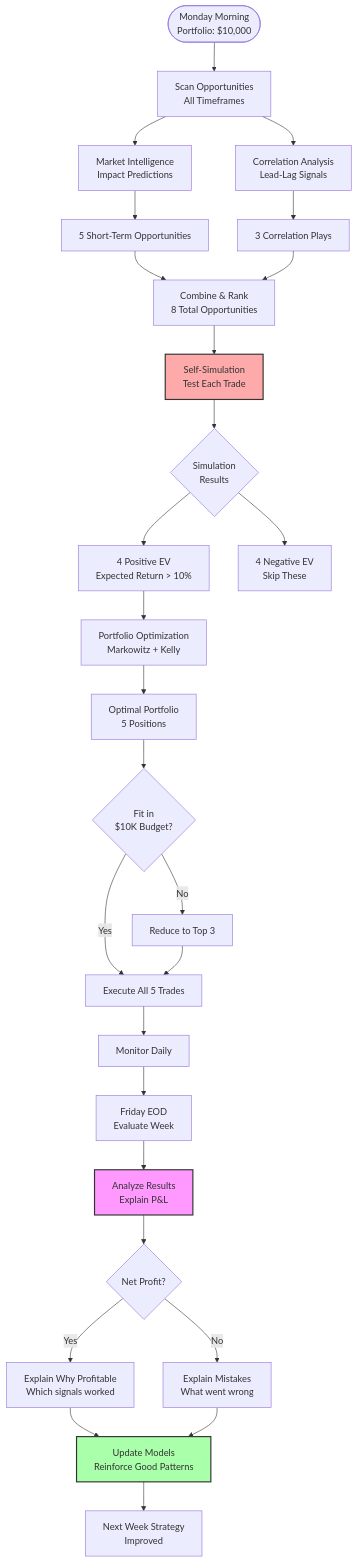
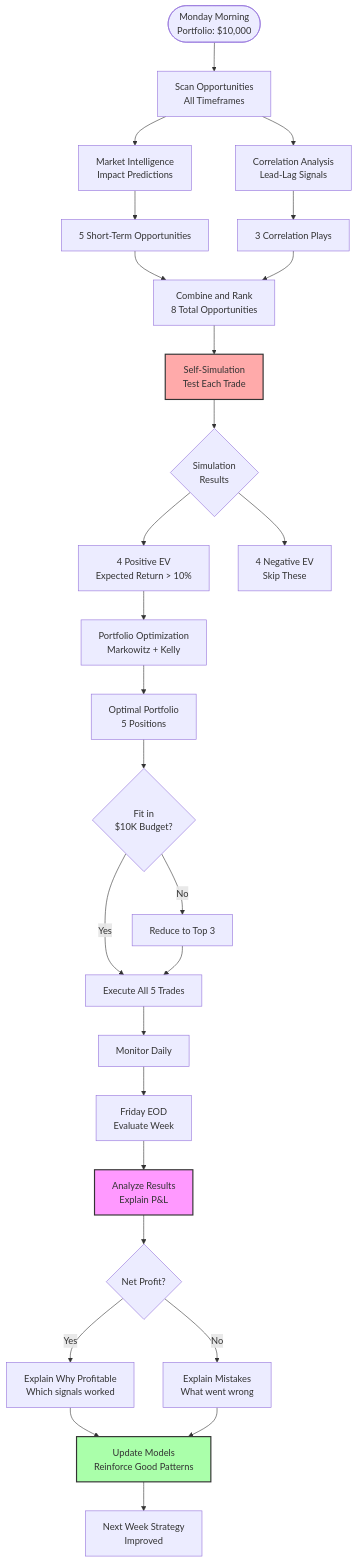
One commit to oldboldpilot/BigBrotherAnalytics changed diagram 13 of 21 in docs/architecture/systems-integration.md. Above: the diagram before and after it, drawn with Mermaid. The commit also changed other lines of this file, not shown here.

````diff
--- a/docs/architecture/systems-integration.md
+++ b/docs/architecture/systems-integration.md
@@ -1309,49 +1361,50 @@
 ```mermaid
 flowchart TB
     Start([Monday Morning<br/>Portfolio: $10,000]) --> Scan[Scan Opportunities<br/>All Timeframes]
 
     Scan --> MI[Market Intelligence<br/>Impact Predictions]
     Scan --> CORR[Correlation Analysis<br/>Lead-Lag Signals]
 
     MI --> Opp1[5 Short-Term Opportunities]
     CORR --> Opp2[3 Correlation Plays]
 
-    Opp1 & Opp2 --> Combine[Combine & Rank<br/>8 Total Opportunities]
+    Opp1 --> Combine[Combine and Rank<br/>8 Total Opportunities]
+    Opp2 --> Combine
 
     Combine --> Simulate[Self-Simulation<br/>Test Each Trade]
 
     Simulate --> Results{Simulation<br/>Results}
 
     Results --> Good[4 Positive EV<br/>Expected Return > 10%]
     Results --> Bad[4 Negative EV<br/>Skip These]
 
     Good --> Optimize[Portfolio Optimization<br/>Markowitz + Kelly]
 
     Optimize --> Portfolio[Optimal Portfolio<br/>5 Positions]
 
     Portfolio --> Budget{Fit in<br/>$10K Budget?}
 
     Budget -->|Yes| Execute[Execute All 5 Trades]
     Budget -->|No| Reduce[Reduce to Top 3]
     Reduce --> Execute
 
     Execute --> Monitor[Monitor Daily]
 
     Monitor --> Friday[Friday EOD<br/>Evaluate Week]
 
     Friday --> Analysis[Analyze Results<br/>Explain P&L]
 
     Analysis --> Profit{Net Profit?}
 
     Profit -->|Yes| ExplainWin[Explain Why Profitable<br/>Which signals worked]
     Profit -->|No| ExplainLoss[Explain Mistakes<br/>What went wrong]
 
     ExplainWin --> Learn[Update Models<br/>Reinforce Good Patterns]
     ExplainLoss --> Learn
 
     Learn --> NextWeek[Next Week Strategy<br/>Improved]
 
     style Simulate fill:#faa,stroke:#333,stroke-width:2px
     style Analysis fill:#f9f,stroke:#333,stroke-width:2px
     style Learn fill:#afa,stroke:#333,stroke-width:2px
 ```
````
